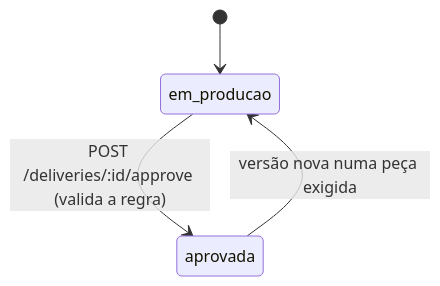
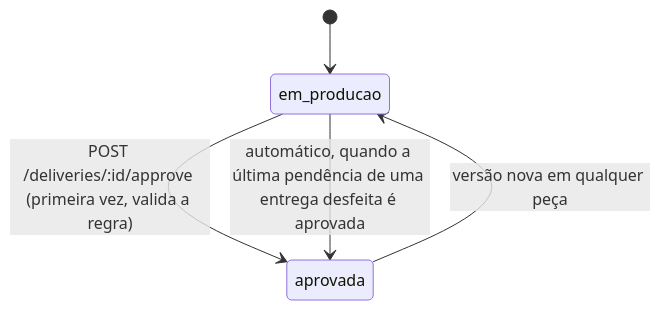
One commit to pPeterle/conty-challenge-revisao-video changed the second of 2 diagrams in docs/design.md. Above: the diagram before and after it, drawn with Mermaid. The commit also changed other lines of this file and 1 other file, not shown here.

````diff
--- a/docs/design.md
+++ b/docs/design.md
@@ -48,6 +49,7 @@
 ```mermaid
 stateDiagram-v2
   [*] --> em_producao
-  em_producao --> aprovada: POST /deliveries/:id/approve (valida a regra)
-  aprovada --> em_producao: versão nova numa peça exigida
+  em_producao --> aprovada: POST /deliveries/:id/approve (primeira vez, valida a regra)
+  aprovada --> em_producao: versão nova em qualquer peça
+  em_producao --> aprovada: automático, quando a última pendência de uma entrega desfeita é aprovada
 ```
````
